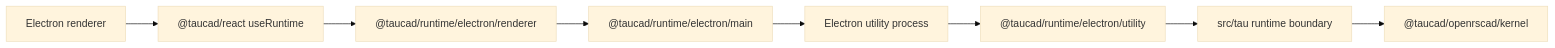
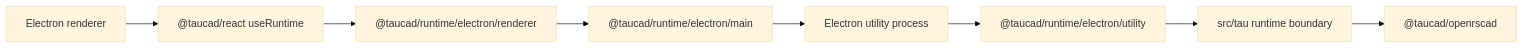
One commit to taucad/tau changed the diagram in examples/electron/README.md. Above: the diagram before and after it, drawn with Mermaid (base theme). The commit also changed other lines of this file and 11 other files, not shown here.

````diff
--- a/examples/electron/README.md
+++ b/examples/electron/README.md
@@ -37,10 +37,10 @@
 ```mermaid
 flowchart LR
   Renderer["Electron renderer"] --> Hook["@taucad/react useRuntime"]
   Hook --> Transport["@taucad/runtime/electron/renderer"]
   Transport --> Main["@taucad/runtime/electron/main"]
   Main --> Utility["Electron utility process"]
   Utility --> Host["@taucad/runtime/electron/utility"]
   Host --> Runtime["src/tau runtime boundary"]
-  Runtime --> Kernel["@taucad/openrscad/kernel"]
+  Runtime --> Kernel["@taucad/openrscad"]
 ```
````
